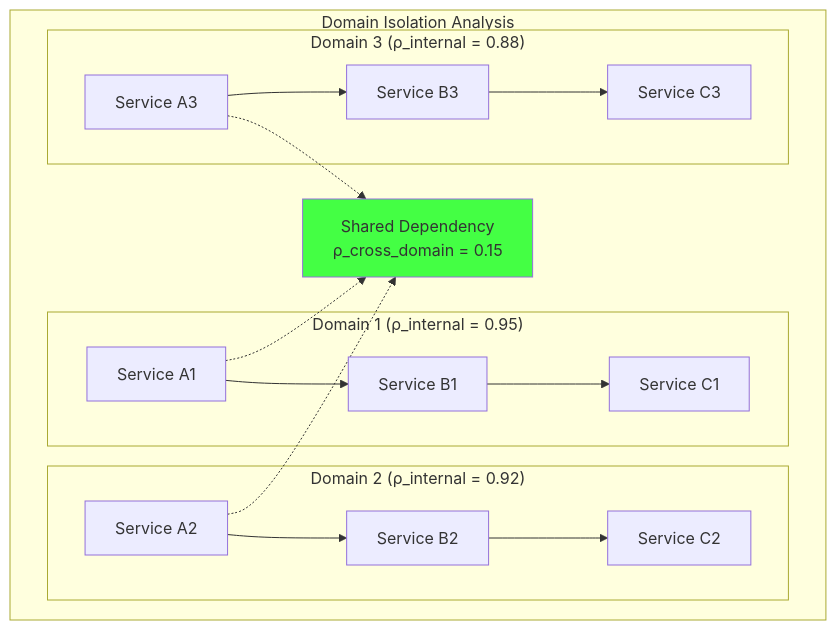
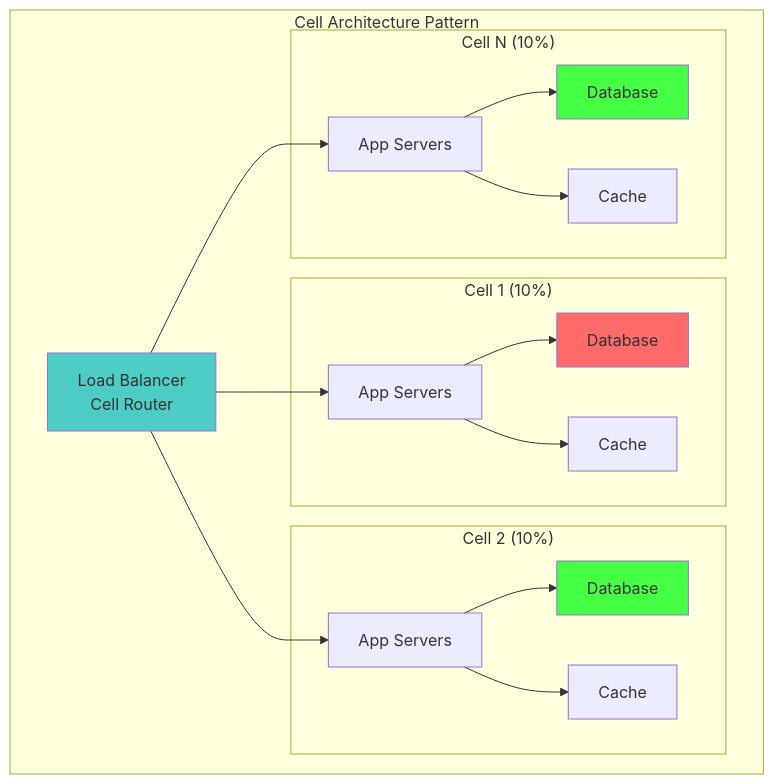
Before and after one commit to deepaucksharma/DStudio: the fourth of 4 diagrams in docs/core-principles/laws/correlated-failure.md, drawn with Mermaid. The commit also changed other lines of this file and 498 other files, not shown here.

First line of the commit message:
feat: comprehensive knowledge graph quality improvements

````diff
--- a/docs/core-principles/laws/correlated-failure.md
+++ b/docs/core-principles/laws/correlated-failure.md
@@ -621,36 +353,42 @@
-```mermaid
+```mermaid  
 graph TB
-    subgraph "Domain Isolation Analysis"
-        subgraph "Domain 1 (ρ_internal = 0.95)"
-            D1_A[Service A1]
-            D1_B[Service B1] 
-            D1_C[Service C1]
-            D1_A --> D1_B
-            D1_B --> D1_C
+    subgraph "Cell Architecture Pattern"
+        ROUTER[Load Balancer<br/>Cell Router]
+        
+        subgraph "Cell 1 (10%)"
+            C1_APP[App Servers]
+            C1_DB[Database]
+            C1_CACHE[Cache]
         end
         
-        subgraph "Domain 2 (ρ_internal = 0.92)" 
-            D2_A[Service A2]
-            D2_B[Service B2]
-            D2_C[Service C2] 
-            D2_A --> D2_B
-            D2_B --> D2_C
+        subgraph "Cell 2 (10%)"  
+            C2_APP[App Servers]
+            C2_DB[Database]
+            C2_CACHE[Cache]
         end
         
-        subgraph "Domain 3 (ρ_internal = 0.88)"
-            D3_A[Service A3]
-            D3_B[Service B3]
-            D3_C[Service C3]
-            D3_A --> D3_B
-            D3_B --> D3_C
+        subgraph "Cell N (10%)"
+            CN_APP[App Servers]
+            CN_DB[Database] 
+            CN_CACHE[Cache]
         end
         
-        SHARED[Shared Dependency<br/>ρ_cross_domain = 0.15]
+        ROUTER --> C1_APP
+        ROUTER --> C2_APP
+        ROUTER --> CN_APP
         
-        D1_A -.-> SHARED
-        D2_A -.-> SHARED  
-        D3_A -.-> SHARED
+        C1_APP --> C1_DB
+        C1_APP --> C1_CACHE
         
-        style SHARED fill:#44ff44
+        C2_APP --> C2_DB
+        C2_APP --> C2_CACHE
+        
+        CN_APP --> CN_DB
+        CN_APP --> CN_CACHE
+        
+        style ROUTER fill:#4ecdc4
+        style C1_DB fill:#ff6b6b
+        style C2_DB fill:#44ff44
+        style CN_DB fill:#44ff44
     end
 ```
````
